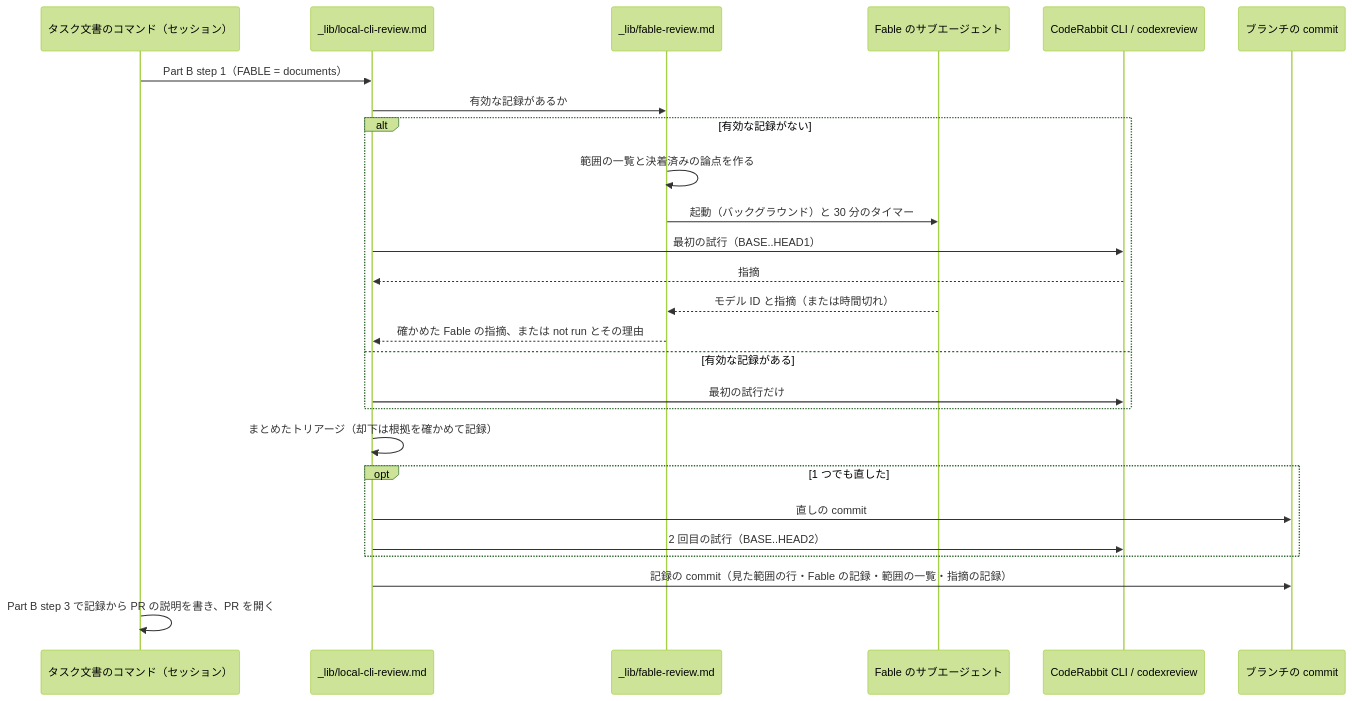
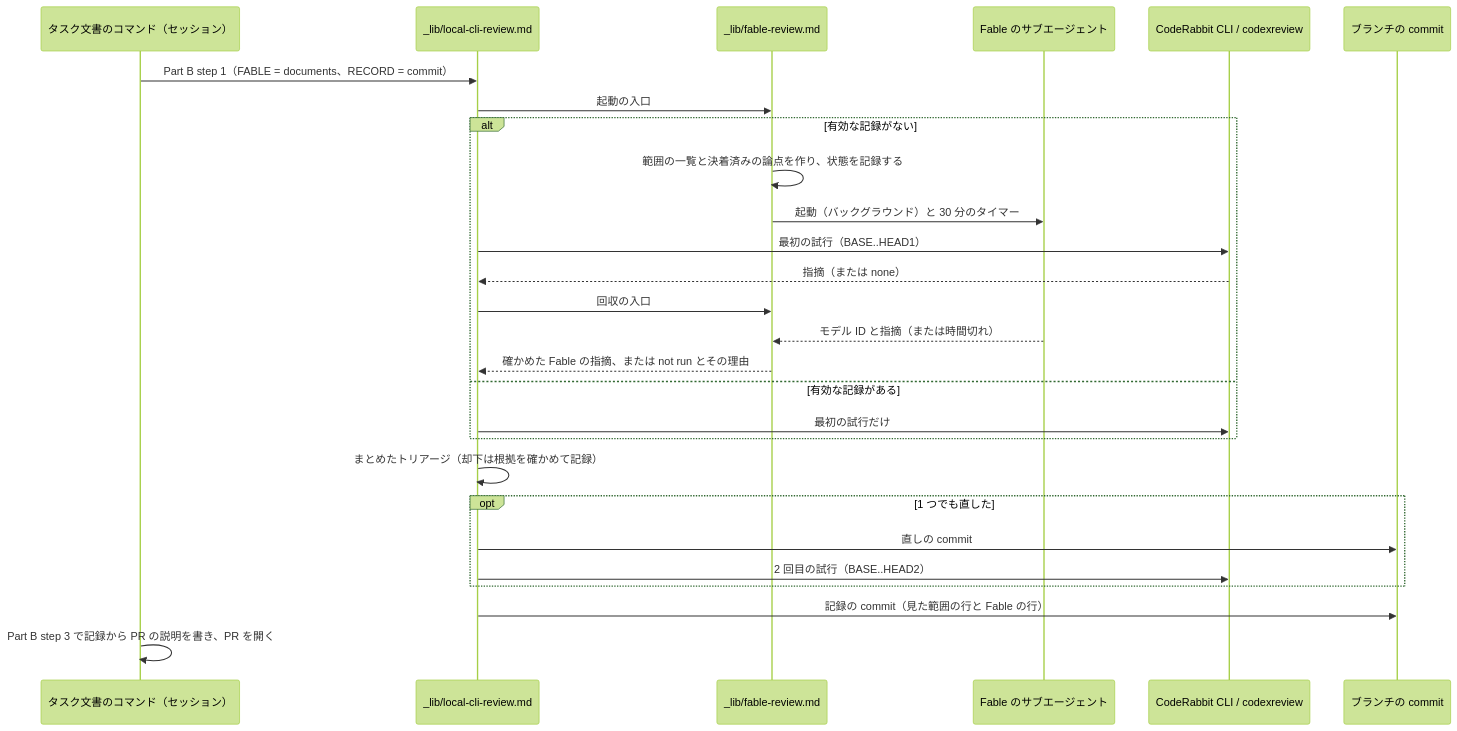
One commit to isseis/yt2column changed the third of 7 diagrams in docs/tasks/0098_fable_partial_review/02_architecture.md. Above: the diagram before and after it, drawn with Mermaid (forest theme). The commit also changed other lines of this file and 4 other files, not shown here.

First line of the commit message:
docs(0098): apply the review fixes to the architecture

````diff
--- a/docs/tasks/0098_fable_partial_review/02_architecture.md
+++ b/docs/tasks/0098_fable_partial_review/02_architecture.md
@@ -200,29 +224,30 @@
 ```mermaid
 sequenceDiagram
     participant S as タスク文書のコマンド（セッション）
     participant L as _lib/local-cli-review.md
     participant F as _lib/fable-review.md
     participant A as Fable のサブエージェント
     participant C as CodeRabbit CLI / codexreview
     participant G as ブランチの commit
 
-    S->>L: Part B step 1（FABLE = documents）
-    L->>F: 有効な記録があるか
+    S->>L: Part B step 1（FABLE = documents、RECORD = commit）
+    L->>F: 起動の入口
     alt 有効な記録がない
-        F->>F: 範囲の一覧と決着済みの論点を作る
+        F->>F: 範囲の一覧と決着済みの論点を作り、状態を記録する
         F->>A: 起動（バックグラウンド）と 30 分のタイマー
         L->>C: 最初の試行（BASE..HEAD1）
-        C-->>L: 指摘
+        C-->>L: 指摘（または none）
+        L->>F: 回収の入口
         A-->>F: モデル ID と指摘（または時間切れ）
         F-->>L: 確かめた Fable の指摘、または not run とその理由
     else 有効な記録がある
         L->>C: 最初の試行だけ
     end
     L->>L: まとめたトリアージ（却下は根拠を確かめて記録）
     opt 1 つでも直した
         L->>G: 直しの commit
         L->>C: 2 回目の試行（BASE..HEAD2）
     end
-    L->>G: 記録の commit（見た範囲の行・Fable の記録・範囲の一覧・指摘の記録）
+    L->>G: 記録の commit（見た範囲の行と Fable の行）
     S->>S: Part B step 3 で記録から PR の説明を書き、PR を開く
 ```
````
